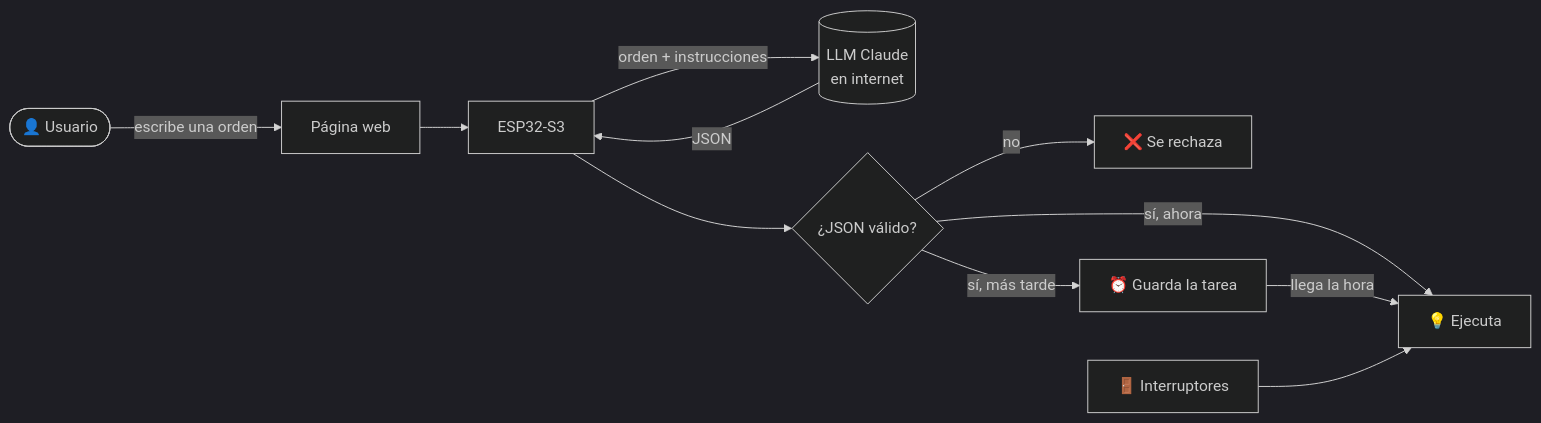
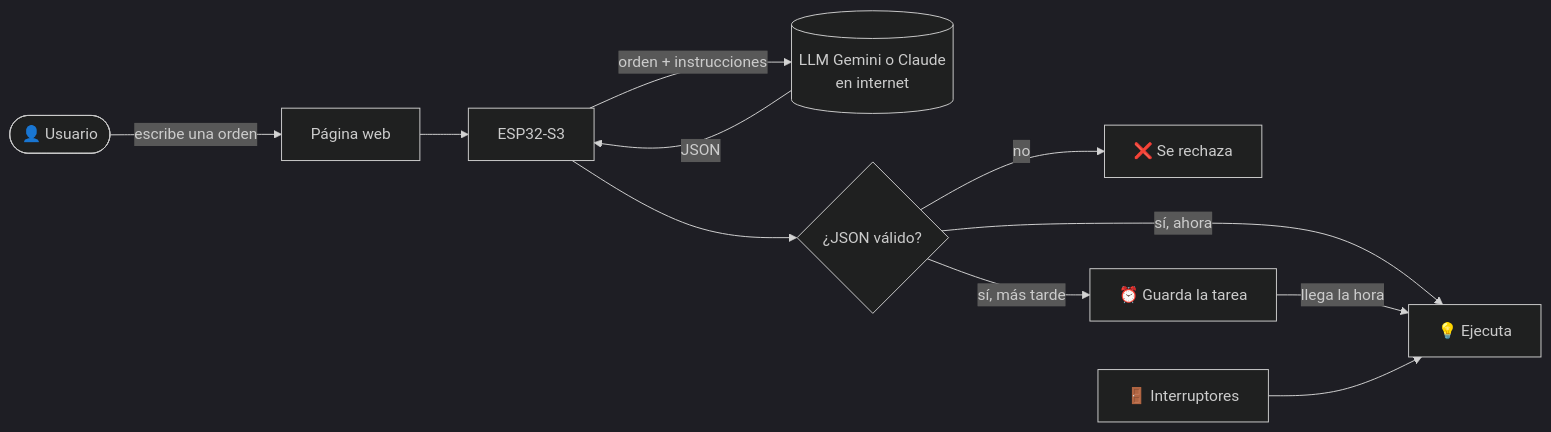
The diagram in README.md (MainRDSniper09/ESP32-IA), drawn with Mermaid (dark theme) before and after one commit. The commit also changed other lines of this file and 3 other files, not shown here.

First line of the commit message:
feat: usar Gemini (nivel gratuito) como LLM por defecto, con Claude como opción

````diff
--- a/README.md
+++ b/README.md
@@ -51,13 +51,13 @@
 ```mermaid
 flowchart LR
     A([👤 Usuario]) -->|escribe una orden| B[Página web]
     B --> C[ESP32-S3]
-    C -->|orden + instrucciones| D[(LLM Claude<br/>en internet)]
+    C -->|orden + instrucciones| D[(LLM Gemini o Claude<br/>en internet)]
     D -->|JSON| C
     C --> E{¿JSON válido?}
     E -->|no| F[❌ Se rechaza]
     E -->|sí, ahora| G[💡 Ejecuta]
     E -->|sí, más tarde| H[⏰ Guarda la tarea]
     H -->|llega la hora| G
     I[🚪 Interruptores] --> G
 ```
````
